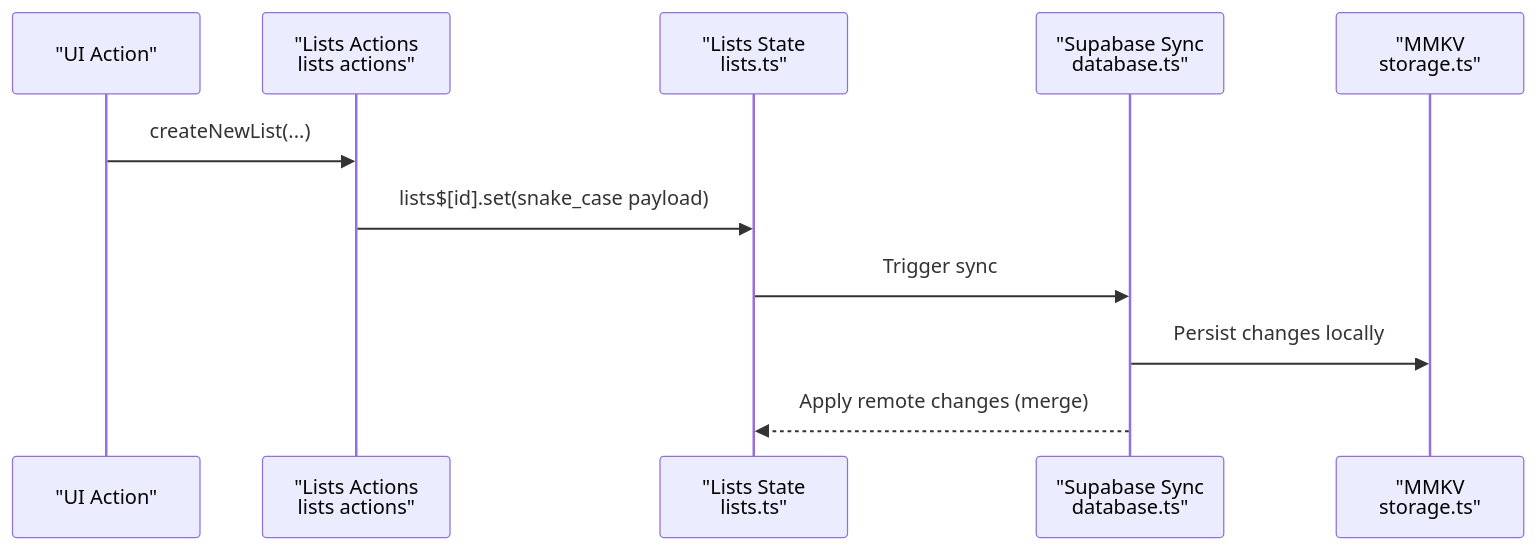
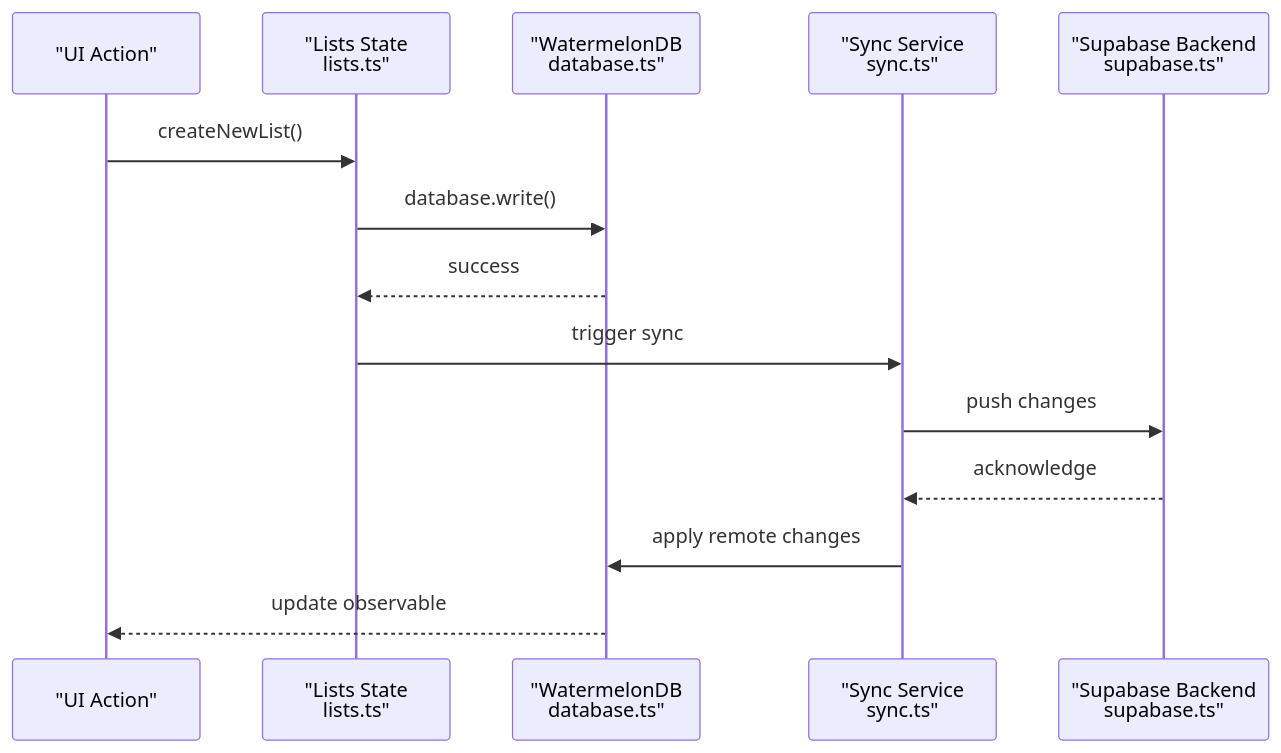
Before and after one commit to karllasouzza/PowerLists: the ninth of 11 diagrams in .qoder/repowiki/en/content/State Management Architecture/Local Persistence with MMKV.md, drawn with Mermaid. The commit also changed other lines of this file and 5 other files, not shown here.

````diff
--- a/.qoder/repowiki/en/content/State Management Architecture/Local Persistence with MMKV.md
+++ b/.qoder/repowiki/en/content/State Management Architecture/Local Persistence with MMKV.md
@@ -369,13 +310,16 @@
 ```mermaid
 sequenceDiagram
 participant UI as "UI Action"
-participant Lists as "Lists Actions<br/>lists actions"
-participant ListsStore as "Lists State<br/>lists.ts"
-participant Sync as "Supabase Sync<br/>database.ts"
-participant MMKV as "MMKV<br/>storage.ts"
-UI->>Lists : createNewList(...)
-Lists->>ListsStore : lists$[id].set(snake_case payload)
-ListsStore->>Sync : Trigger sync
-Sync->>MMKV : Persist changes locally
-Sync-->>ListsStore : Apply remote changes (merge)
+participant ListsState as "Lists State<br/>lists.ts"
+participant Database as "WatermelonDB<br/>database.ts"
+participant Sync as "Sync Service<br/>sync.ts"
+participant Supabase as "Supabase Backend<br/>supabase.ts"
+UI->>ListsState : createNewList()
+ListsState->>Database : database.write()
+Database-->>ListsState : success
+ListsState->>Sync : trigger sync
+Sync->>Supabase : push changes
+Supabase-->>Sync : acknowledge
+Sync->>Database : apply remote changes
+Database-->>UI : update observable
 ```
````
